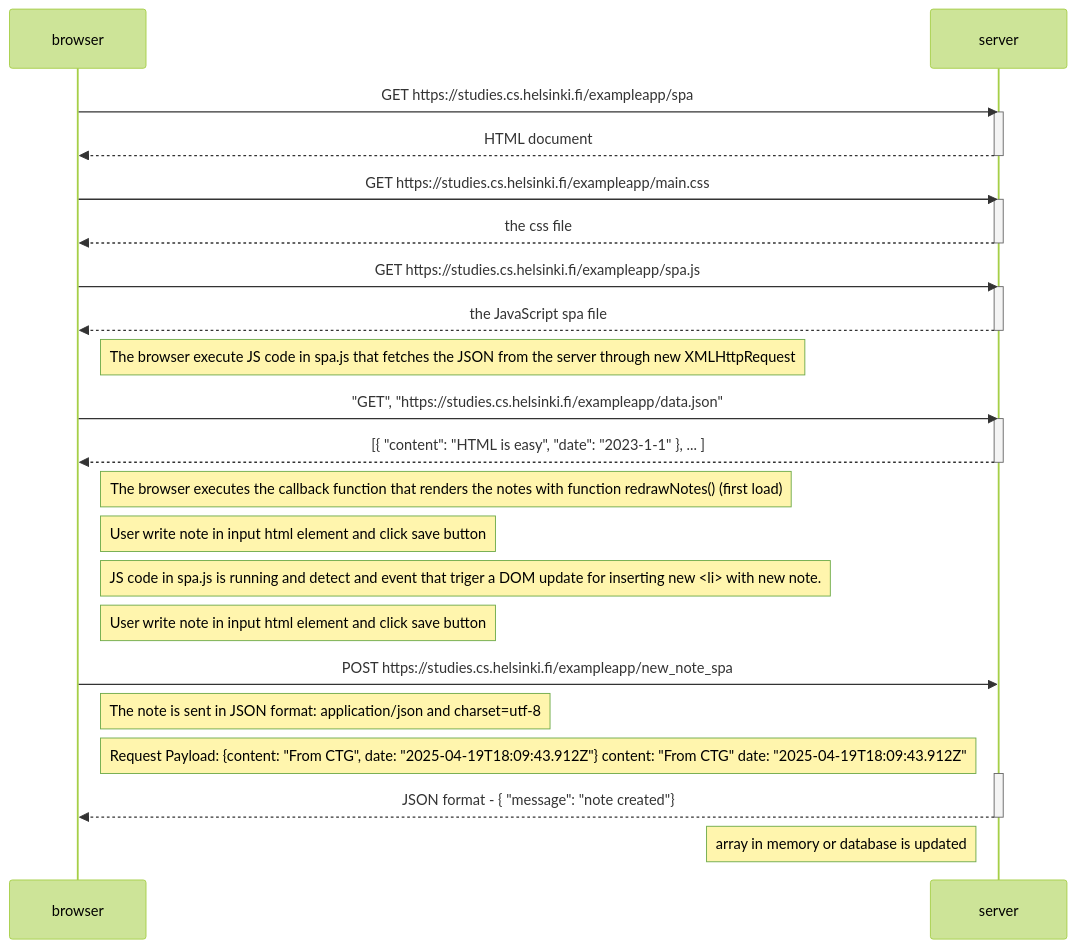
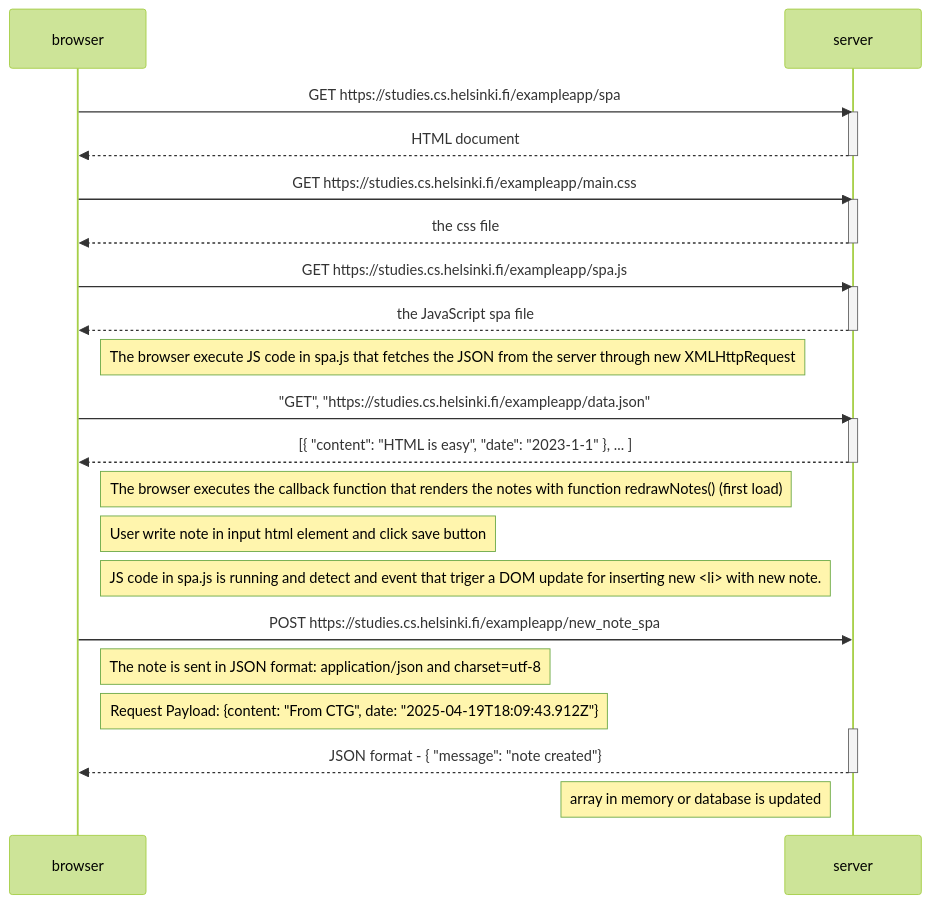
The diagram in 0.6-NewNoteSPA/README.md (gusanchefullstack/fs-part-0), drawn with Mermaid (forest theme) before and after one commit.

Commit message:
Elimina líneas redundantes en el diagrama de secuencia del README.md, simplificando la descripción del proceso de creación de notas en formato JSON.

````diff
--- a/0.6-NewNoteSPA/README.md
+++ b/0.6-NewNoteSPA/README.md
@@ -1,54 +1,51 @@
 ```mermaid
 sequenceDiagram
     participant browser
     participant server
 
     browser->>server: GET https://studies.cs.helsinki.fi/exampleapp/spa
 
     activate server
     server-->>browser: HTML document
     deactivate server
 
     browser->>server: GET https://studies.cs.helsinki.fi/exampleapp/main.css
 
     activate server
     server-->>browser: the css file
     deactivate server
 
     browser->>server: GET https://studies.cs.helsinki.fi/exampleapp/spa.js
 
     activate server
     server-->>browser: the JavaScript spa file
     deactivate server
 
     Note right of browser: The browser execute JS code in spa.js that fetches the JSON from the server through new XMLHttpRequest 
 
     browser->>server: "GET", "https://studies.cs.helsinki.fi/exampleapp/data.json"
     
     activate server
     server-->>browser: [{ "content": "HTML is easy", "date": "2023-1-1" }, ... ]
     deactivate server
 
     Note right of browser: The browser executes the callback function that renders the notes with function redrawNotes() (first load)
 
     Note right of browser: User write note in input html element and click save button
 
     
     Note right of browser: JS code in spa.js is running and detect and event that triger a DOM update for inserting new <li> with new note. 
 
-    
-    Note right of browser: User write note in input html element and click save button
-    
     browser->>server: POST https://studies.cs.helsinki.fi/exampleapp/new_note_spa
 
     Note right of browser: The note is sent in JSON format: application/json and charset=utf-8
 
-    Note right of browser: Request Payload: {content: "From CTG", date: "2025-04-19T18:09:43.912Z"} content: "From CTG" date: "2025-04-19T18:09:43.912Z"
+    Note right of browser: Request Payload: {content: "From CTG", date: "2025-04-19T18:09:43.912Z"}
 
     activate server
     server-->>browser: JSON format - { "message": "note created"}
     deactivate server
 
     Note left of server: array in memory or database is updated
 
 ```
````
